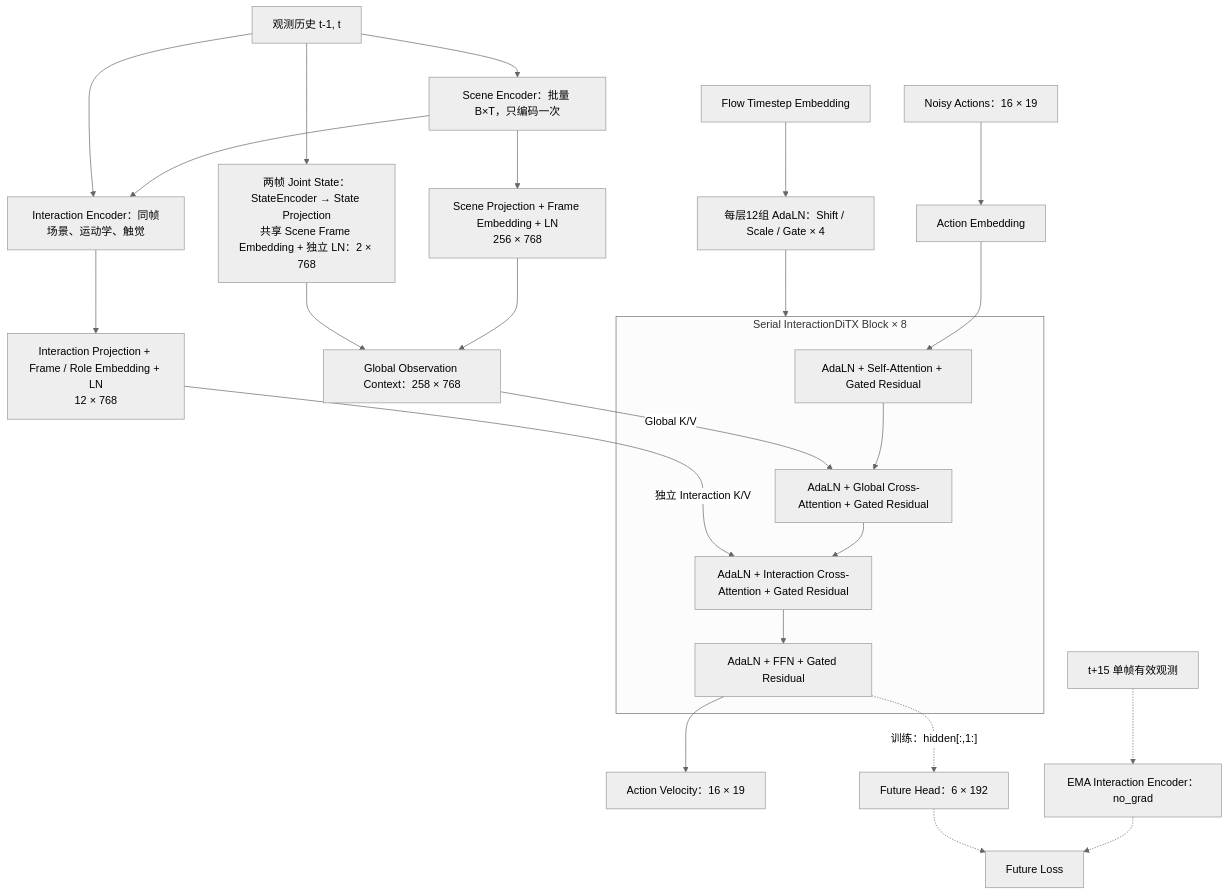
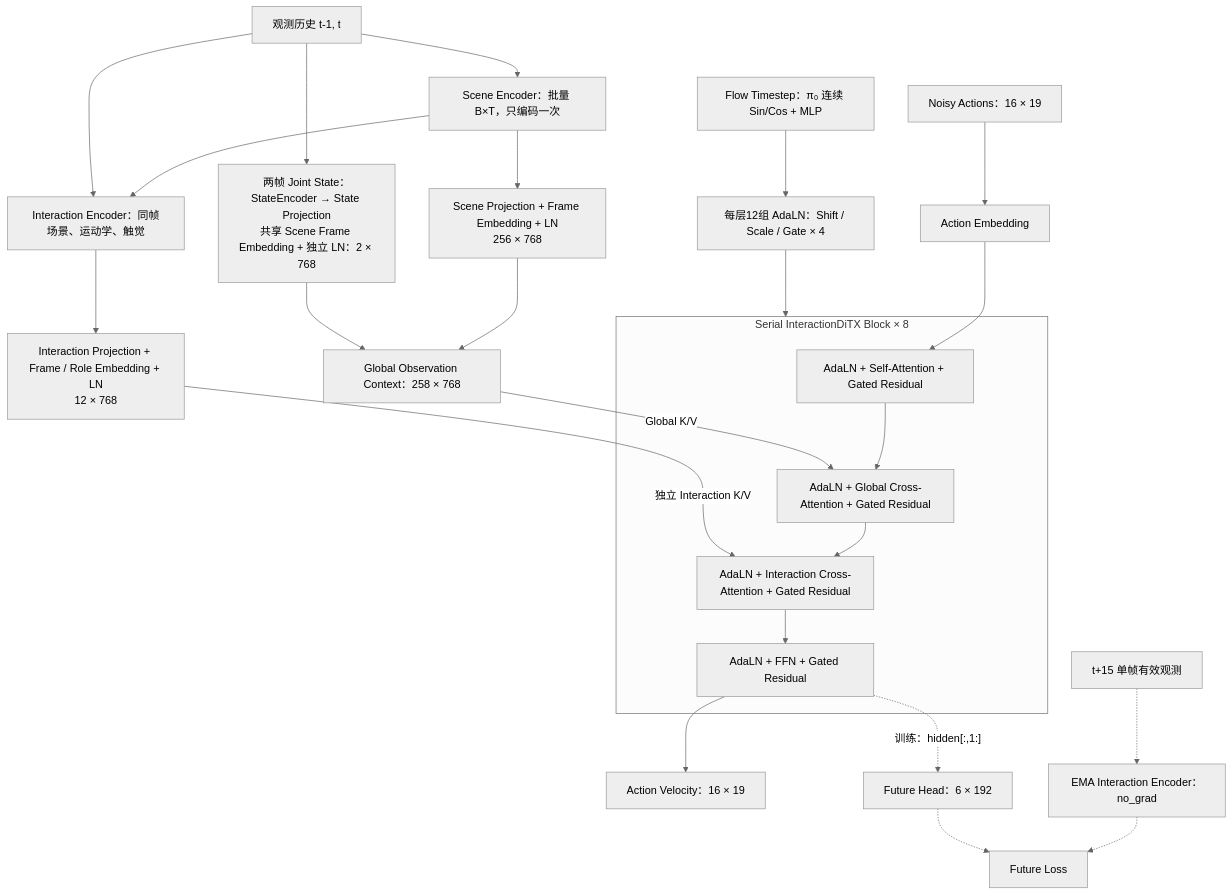
The diagram in docs/InteractionFlow模型架构.md (haoyangzhanglab/dexmani_policy), drawn with Mermaid (neutral theme) before and after one commit. The commit also changed other lines of this file and 19 other files, not shown here.

Commit message:
Unify flow matching defaults and continuous timestep conditioning

````diff
--- a/docs/InteractionFlow模型架构.md
+++ b/docs/InteractionFlow模型架构.md
@@ -29,27 +29,27 @@
 ```mermaid
 flowchart TD
     obs["观测历史 t-1, t"] --> scene_encoder["Scene Encoder：批量 B×T，只编码一次"]
     scene_encoder --> scene["Scene Projection + Frame Embedding + LN<br/>256 × 768"]
     scene_encoder --> inter_encoder["Interaction Encoder：同帧场景、运动学、触觉"]
     obs --> inter_encoder
     inter_encoder --> interaction["Interaction Projection + Frame / Role Embedding + LN<br/>12 × 768"]
     obs --> joints["两帧 Joint State：StateEncoder → State Projection<br/>共享 Scene Frame Embedding + 独立 LN：2 × 768"]
     scene --> global_context["Global Observation Context：258 × 768"]
     joints --> global_context
-    time["Flow Timestep Embedding"] --> adaln["每层12组 AdaLN：Shift / Scale / Gate × 4"]
+    time["Flow Timestep：π₀ 连续 Sin/Cos + MLP"] --> adaln["每层12组 AdaLN：Shift / Scale / Gate × 4"]
     noisy["Noisy Actions：16 × 19"] --> embed["Action Embedding"]
     subgraph block["Serial InteractionDiTX Block × 8"]
         sa["AdaLN + Self-Attention + Gated Residual"] --> sca["AdaLN + Global Cross-Attention + Gated Residual"]
         sca --> ica["AdaLN + Interaction Cross-Attention + Gated Residual"]
         ica --> ffn["AdaLN + FFN + Gated Residual"]
     end
     embed --> sa
     adaln --> block
     global_context -->|Global K/V| sca
     interaction -->|独立 Interaction K/V| ica
     ffn --> velocity["Action Velocity：16 × 19"]
     ffn -. "训练：hidden[:,1:]" .-> head["Future Head：6 × 192"]
     future["t+15 单帧有效观测"] -.-> teacher["EMA Interaction Encoder：no_grad"]
     teacher -.-> loss["Future Loss"]
     head -.-> loss
 ```
````
